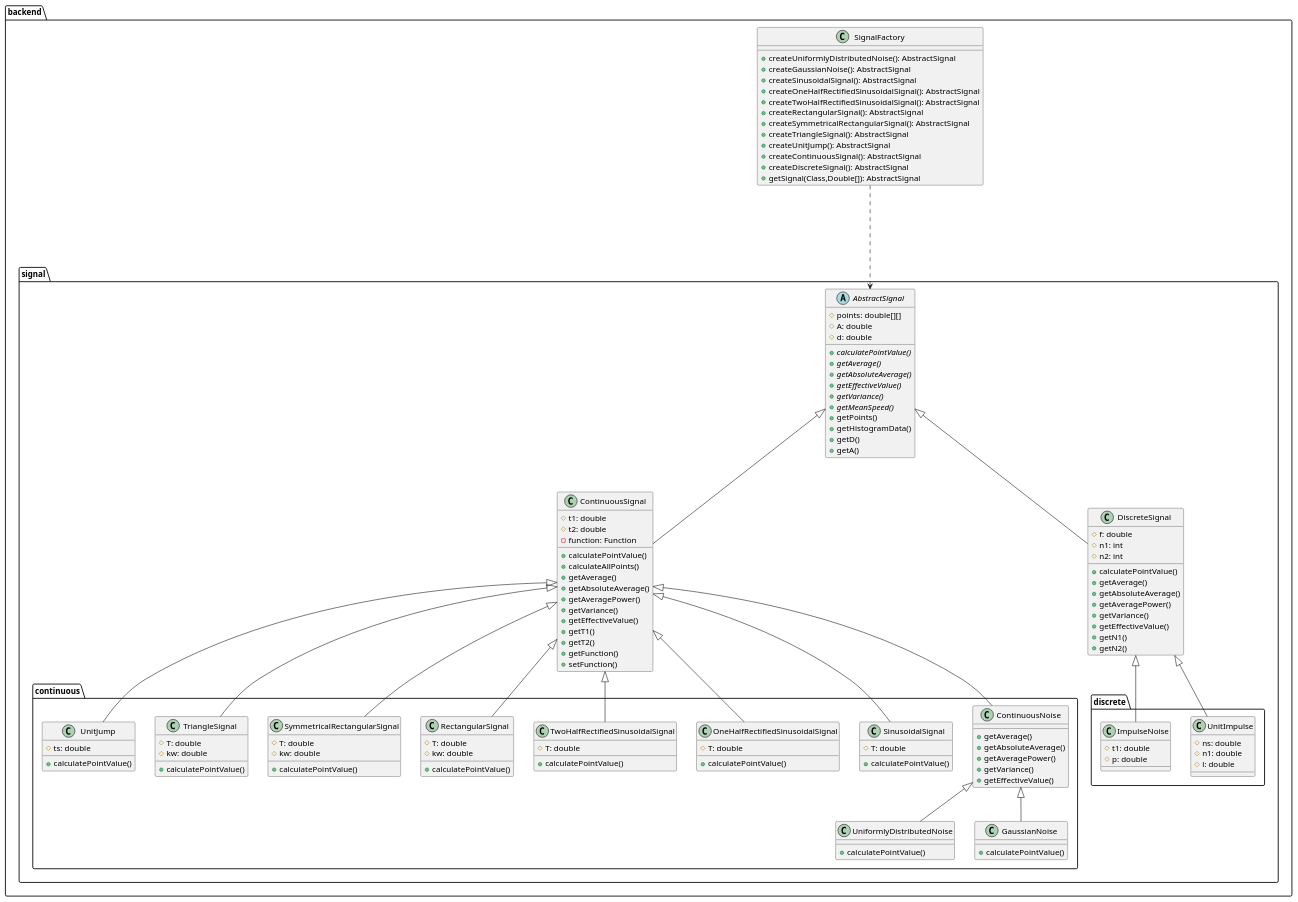
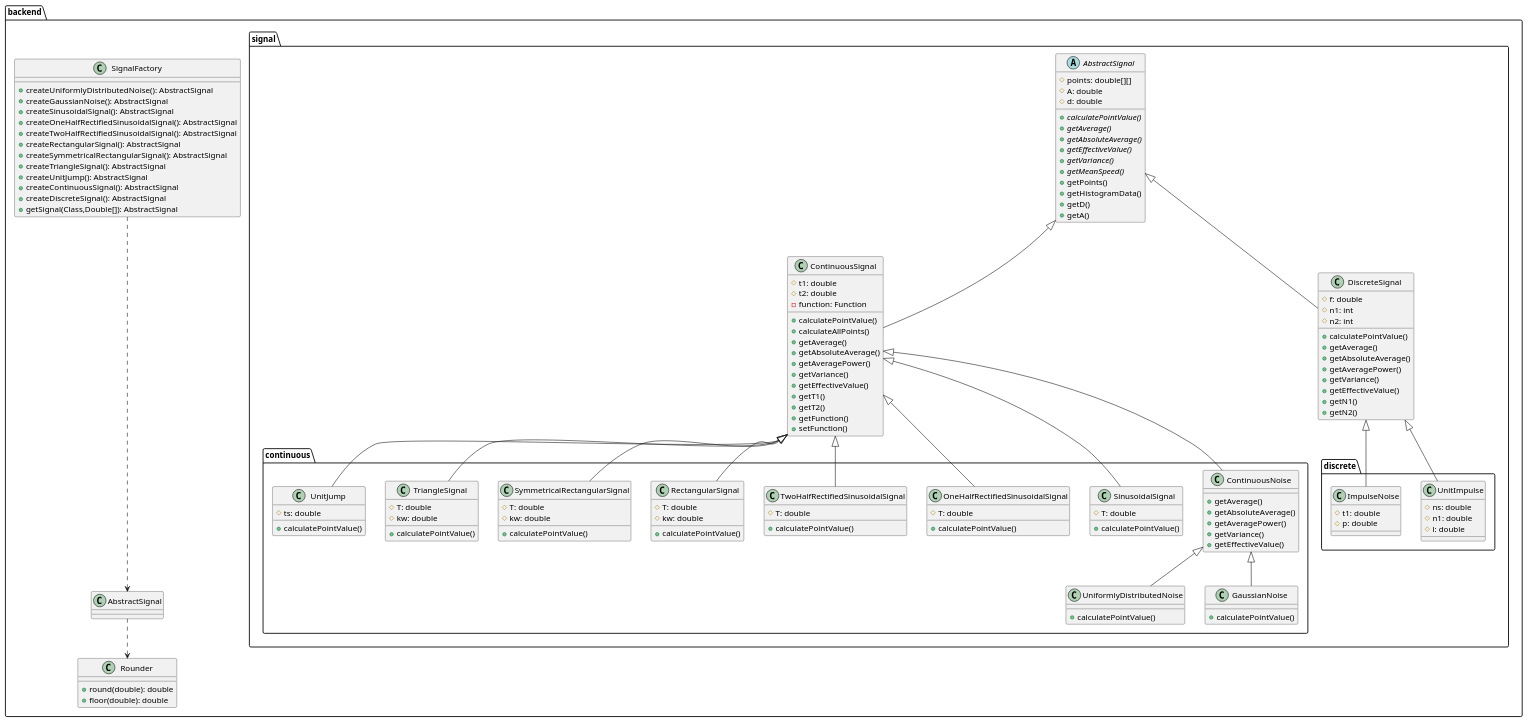
One commit to RadekBucki/DigitalSignalProcessing changed the second of 3 diagrams in README.md. Above: the diagram before and after it, drawn with PlantUML. The commit also changed other lines of this file and 6 other files, not shown here.

Commit message:
UML and SonarLint errors

```diff
--- a/README.md
+++ b/README.md
@@ -106,6 +110,12 @@
         + createDiscreteSignal(): AbstractSignal
         + getSignal(Class,Double[]): AbstractSignal
     }
+    
+    class Rounder {
+        + round(double): double
+        + floor(double): double
+    }
+    AbstractSignal ..> Rounder
     
     package signal {
         SignalFactory ....> AbstractSignal
```
